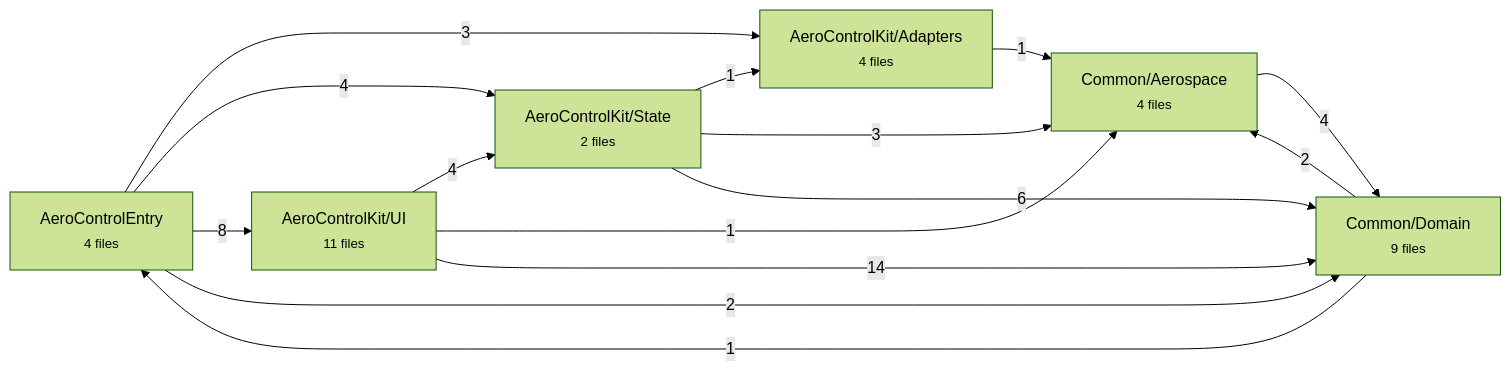
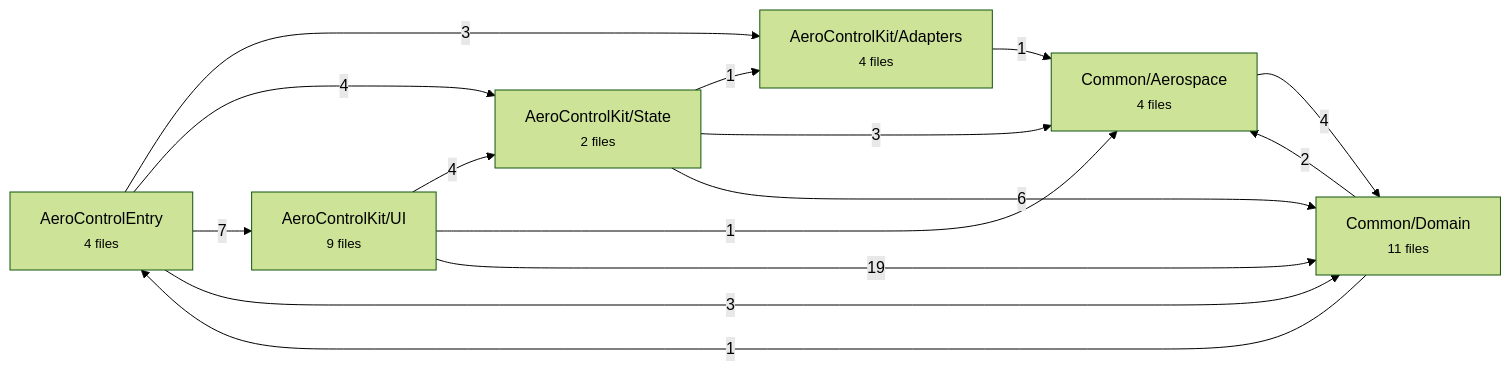
One commit to kim-raaschou/AeroControl changed the second of 5 diagrams in docs/architecture.md. Above: the diagram before and after it, drawn with Mermaid (forest theme). The commit also changed other lines of this file and 18 other files, not shown here.

````diff
--- a/docs/architecture.md
+++ b/docs/architecture.md
@@ -66,23 +66,23 @@
 ```mermaid
 flowchart LR
     Sources_AeroControlEntry["AeroControlEntry<br/><small>4 files</small>"]
     Sources_AeroControlKit_Adapters["AeroControlKit/Adapters<br/><small>4 files</small>"]
     Sources_AeroControlKit_State["AeroControlKit/State<br/><small>2 files</small>"]
-    Sources_AeroControlKit_UI["AeroControlKit/UI<br/><small>11 files</small>"]
+    Sources_AeroControlKit_UI["AeroControlKit/UI<br/><small>9 files</small>"]
     Sources_Common_Aerospace["Common/Aerospace<br/><small>4 files</small>"]
-    Sources_Common_Domain["Common/Domain<br/><small>9 files</small>"]
+    Sources_Common_Domain["Common/Domain<br/><small>11 files</small>"]
     Sources_AeroControlEntry -->|3| Sources_AeroControlKit_Adapters
     Sources_AeroControlEntry -->|4| Sources_AeroControlKit_State
-    Sources_AeroControlEntry -->|8| Sources_AeroControlKit_UI
-    Sources_AeroControlEntry -->|2| Sources_Common_Domain
+    Sources_AeroControlEntry -->|7| Sources_AeroControlKit_UI
+    Sources_AeroControlEntry -->|3| Sources_Common_Domain
     Sources_AeroControlKit_Adapters -->|1| Sources_Common_Aerospace
     Sources_AeroControlKit_State -->|1| Sources_AeroControlKit_Adapters
     Sources_AeroControlKit_State -->|3| Sources_Common_Aerospace
     Sources_AeroControlKit_State -->|6| Sources_Common_Domain
     Sources_AeroControlKit_UI -->|4| Sources_AeroControlKit_State
     Sources_AeroControlKit_UI -->|1| Sources_Common_Aerospace
-    Sources_AeroControlKit_UI -->|14| Sources_Common_Domain
+    Sources_AeroControlKit_UI -->|19| Sources_Common_Domain
     Sources_Common_Aerospace -->|4| Sources_Common_Domain
     Sources_Common_Domain -->|1| Sources_AeroControlEntry
     Sources_Common_Domain -->|2| Sources_Common_Aerospace
 ```
````
